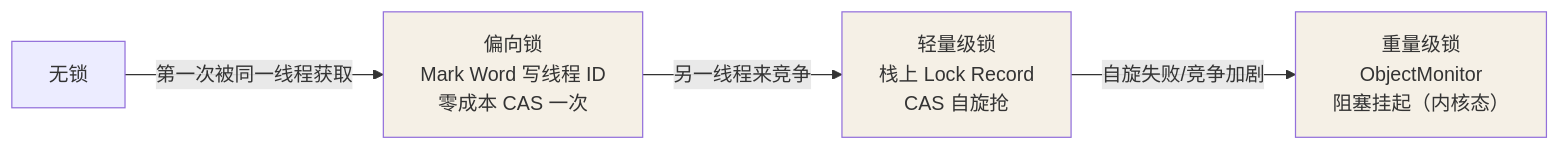
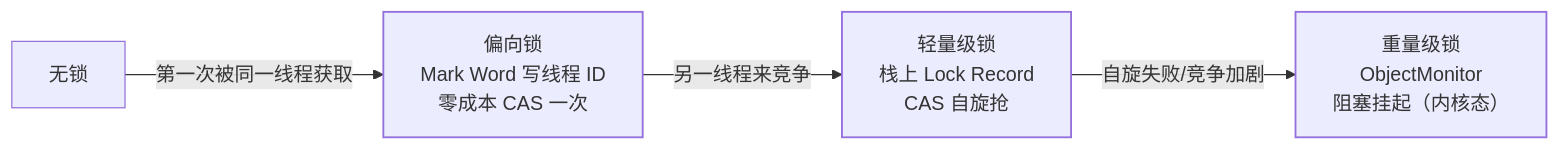
One commit to Loadhao/ascension changed the diagram in src/content/docs/java/intermediate/concurrent/04-synchronized.md. Above: the diagram before and after it, drawn with Mermaid. The commit also changed 87 other files, not shown here.

First line of the commit message:
fix: 全站图表配色改由主题接管，修复暗色主题下浅底浅字看不清

````diff
--- a/src/content/docs/java/intermediate/concurrent/04-synchronized.md
+++ b/src/content/docs/java/intermediate/concurrent/04-synchronized.md
@@ -63,10 +63,11 @@
 ```mermaid
 flowchart LR
     U["无锁"] -->|"第一次被同一线程获取"| B["偏向锁<br/>Mark Word 写线程 ID<br/>零成本 CAS 一次"]
     B -->|"另一线程来竞争"| L["轻量级锁<br/>栈上 Lock Record<br/>CAS 自旋抢"]
     L -->|"自旋失败/竞争加剧"| W["重量级锁<br/>ObjectMonitor<br/>阻塞挂起（内核态）"]
 
-    style B fill:#f5f0e6
-    style L fill:#f5f0e6
-    style W fill:#f5f0e6
+    class B hl
+    class L hl
+    class W hl
+    classDef hl stroke-width:1.5px
 ```
````
